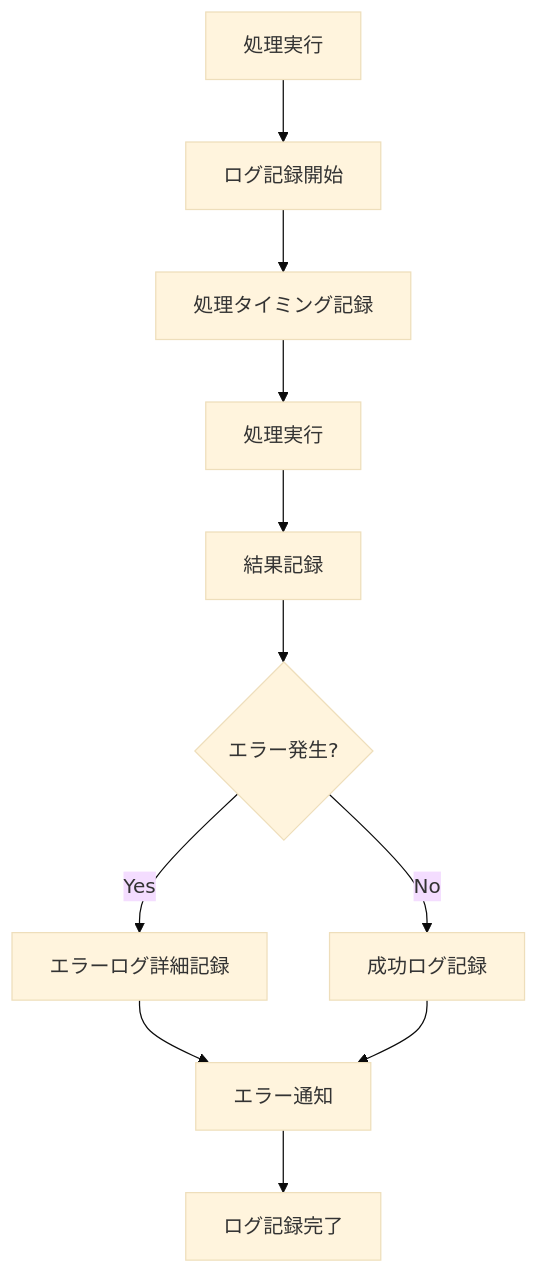
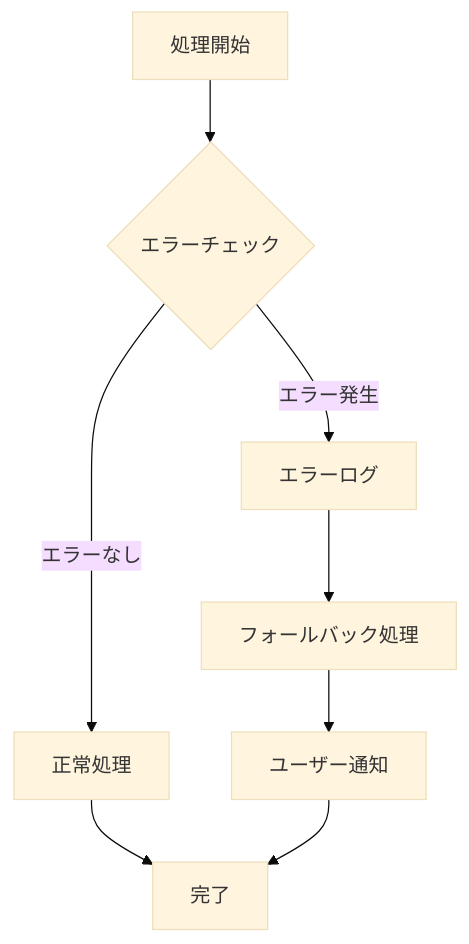
Before and after one commit to Hutaba-Makura/Comiketter: diagram 13 of 14 in docs/data-flow-diagram.md, drawn with Mermaid (base theme). The commit also changed other lines of this file and 5 other files, not shown here.

Commit message:
feat: データフロー図とER図を更新し、全体のデータフローとデータベース設計を明確化しました。また、実装環境ドキュメントを整備し、プロジェクト構造を詳細に記述しました。

````diff
--- a/docs/data-flow-diagram.md
+++ b/docs/data-flow-diagram.md
@@ -247,13 +260,10 @@
 ```mermaid
-flowchart TD
-    A[処理実行] --> B[ログ記録開始]
-    B --> C[処理タイミング記録]
-    C --> D[処理実行]
-    D --> E[結果記録]
-    E --> F{エラー発生?}
-    F -->|Yes| G[エラーログ詳細記録]
-    F -->|No| H[成功ログ記録]
-    G --> I[エラー通知]
-    H --> I
-    I --> J[ログ記録完了]
+graph TD
+    A[処理開始] --> B{エラーチェック}
+    B -->|エラーなし| C[正常処理]
+    B -->|エラー発生| D[エラーログ]
+    D --> E[フォールバック処理]
+    E --> F[ユーザー通知]
+    C --> G[完了]
+    F --> G
 ```
````
